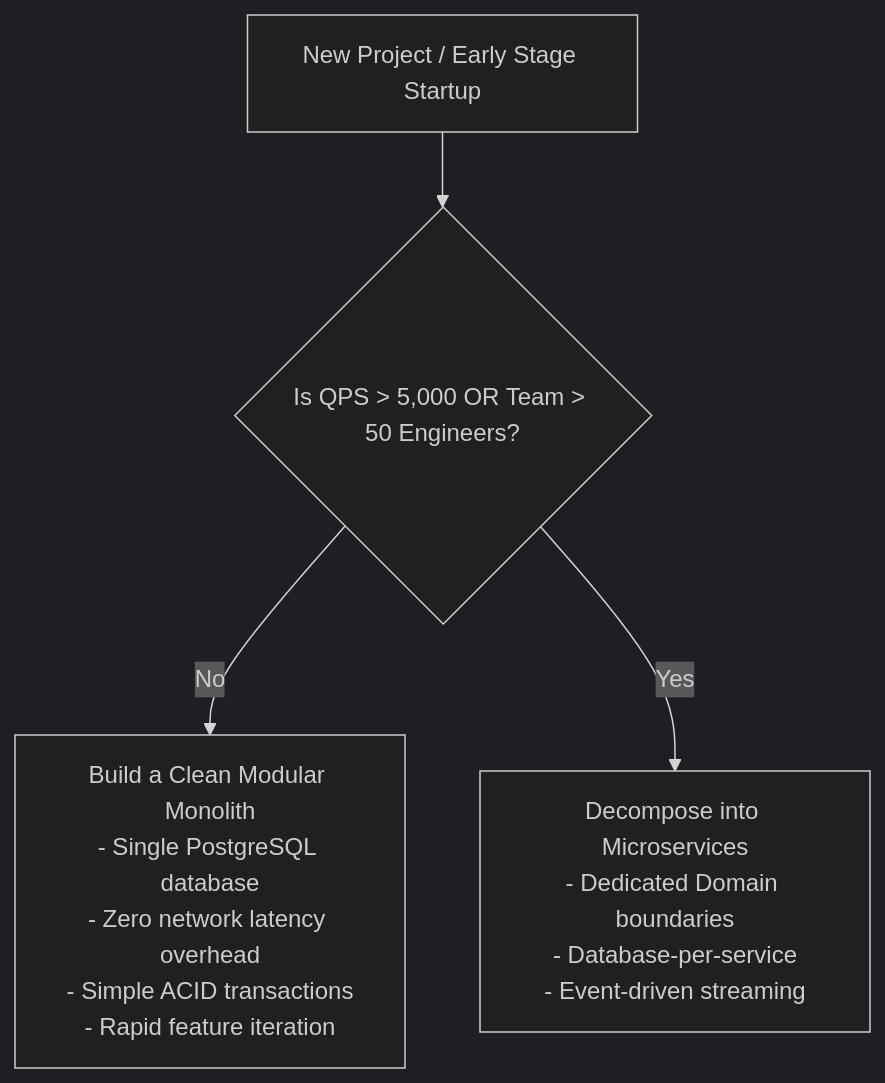
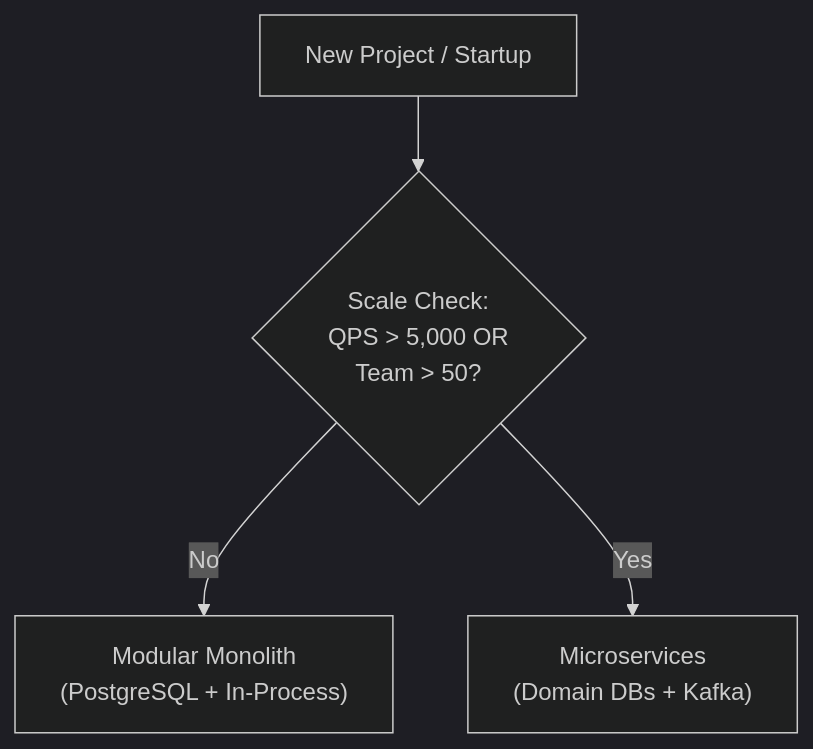
The diagram in strivers-hld/01-Introduction-to-HLD/when-not-to-use.md (Sourav108/strivers-lld), drawn with Mermaid (dark theme) before and after one commit. The commit also changed 39 other files, not shown here.

Commit message:
fix(mermaid): wrap node labels, simplify diamonds, and reformat wide diagrams for perfect GitHub rendering

````diff
--- a/strivers-hld/01-Introduction-to-HLD/when-not-to-use.md
+++ b/strivers-hld/01-Introduction-to-HLD/when-not-to-use.md
@@ -7,6 +7,6 @@
 ```mermaid
 flowchart TD
-    Start["New Project / Early Stage Startup"] --> ScaleCheck{"Is QPS > 5,000 OR Team > 50 Engineers?"}
-    ScaleCheck -->|No| Monolith["Build a Clean Modular Monolith<br/>- Single PostgreSQL database<br/>- Zero network latency overhead<br/>- Simple ACID transactions<br/>- Rapid feature iteration"]
-    ScaleCheck -->|Yes| Microservices["Decompose into Microservices<br/>- Dedicated Domain boundaries<br/>- Database-per-service<br/>- Event-driven streaming"]
+    Start["New Project / Startup"] --> ScaleCheck{"Scale Check:<br/>QPS > 5,000 OR<br/>Team > 50?"}
+    ScaleCheck -->|No| Monolith["Modular Monolith<br/>(PostgreSQL + In-Process)"]
+    ScaleCheck -->|Yes| Microservices["Microservices<br/>(Domain DBs + Kafka)"]
 ```
````
